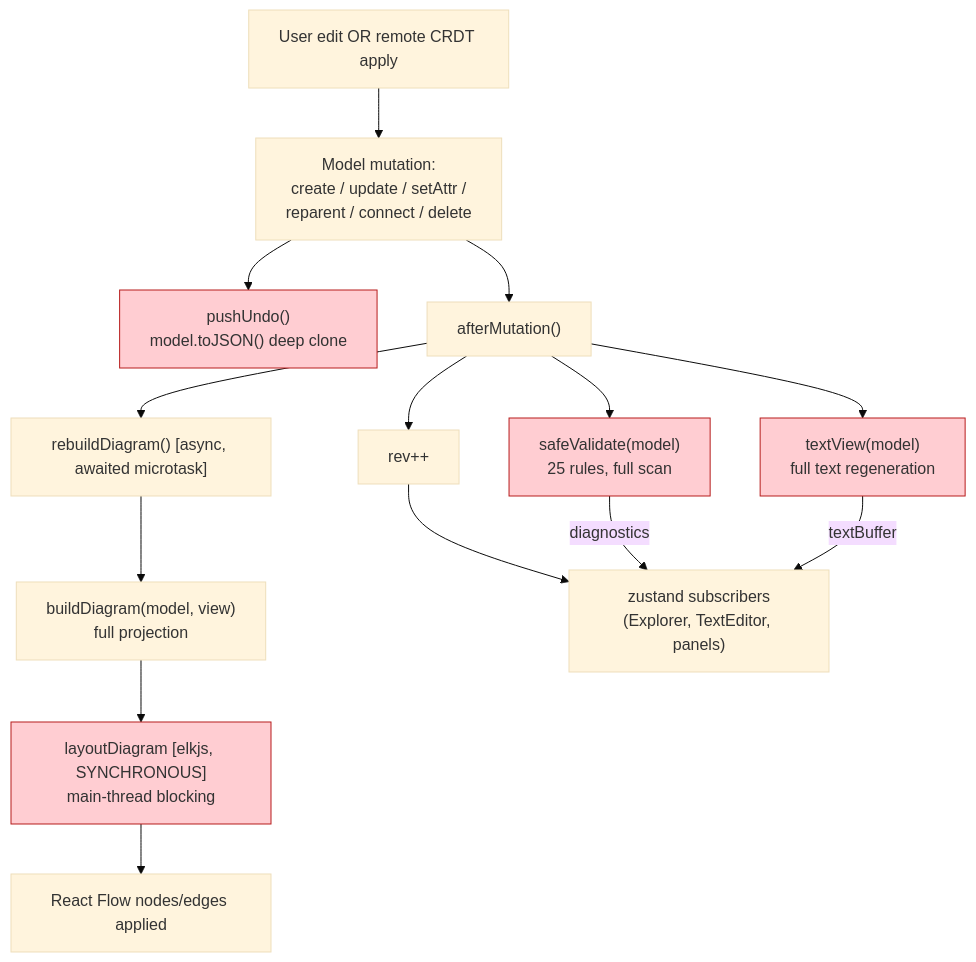
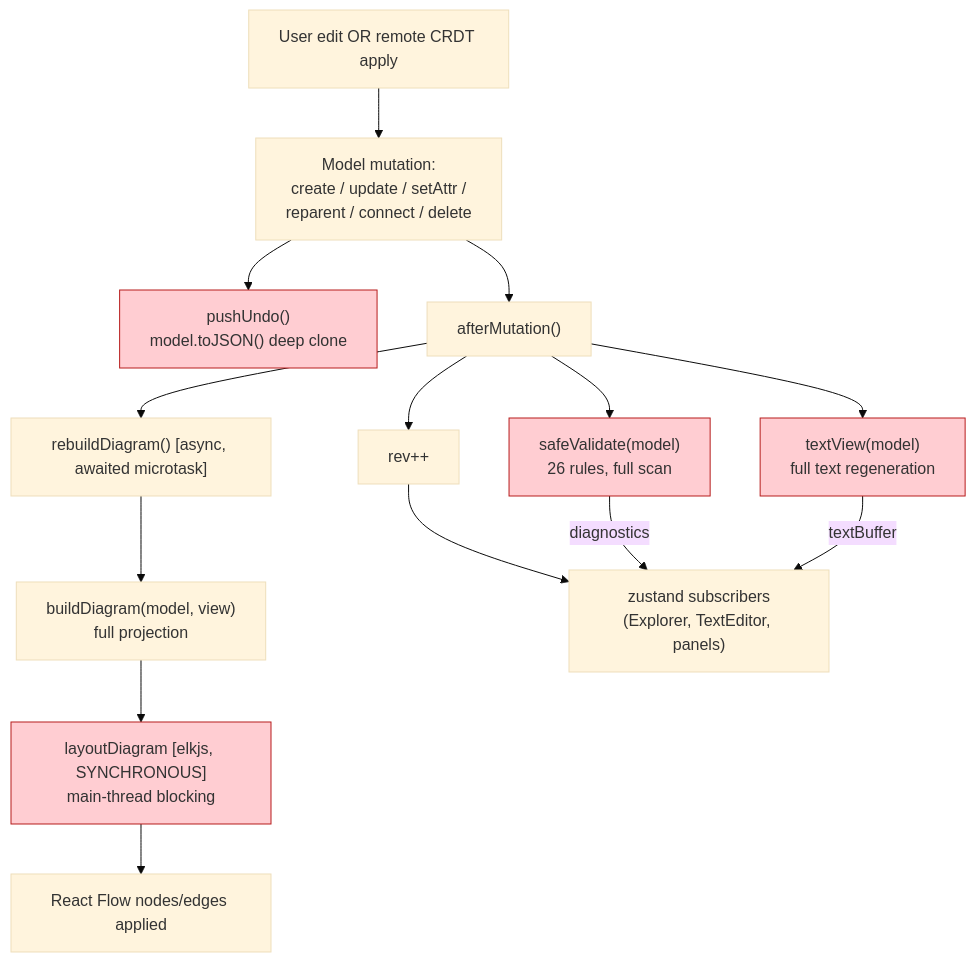
One commit to cosmindxu/sysprose changed the third of 7 diagrams in docs/architecture/05-data-flow.md. Above: the diagram before and after it, drawn with Mermaid (base theme). The commit also changed 19 other files, not shown here.

````diff
--- a/docs/architecture/05-data-flow.md
+++ b/docs/architecture/05-data-flow.md
@@ -98,32 +98,32 @@
 ```mermaid
 flowchart TB
     trigger["User edit OR remote CRDT apply"]
     op["Model mutation:\ncreate / update / setAttr /\nreparent / connect / delete"]
     pushUndo["pushUndo()\nmodel.toJSON() deep clone"]
     afterMut["afterMutation()"]
-    validate["safeValidate(model)\n25 rules, full scan"]
+    validate["safeValidate(model)\n26 rules, full scan"]
     serialize["textView(model)\nfull text regeneration"]
     bump["rev++"]
     rebuild["rebuildDiagram() [async, awaited microtask]"]
     build["buildDiagram(model, view)\nfull projection"]
     layout["layoutDiagram [elkjs, SYNCHRONOUS]\nmain-thread blocking"]
     apply["React Flow nodes/edges applied"]
     listeners[" zustand subscribers\n(Explorer, TextEditor, panels)"]
 
     trigger --> op
     op --> pushUndo
     op --> afterMut
     afterMut --> validate
     afterMut --> serialize
     afterMut --> bump
     afterMut --> rebuild
     rebuild --> build
     build --> layout
     layout --> apply
     bump --> listeners
     validate -->|diagnostics| listeners
     serialize -->|textBuffer| listeners
 
     classDef hot fill:#ffcdd2,stroke:#b71c1c
     class validate,serialize,layout,pushUndo hot
 ```
````
